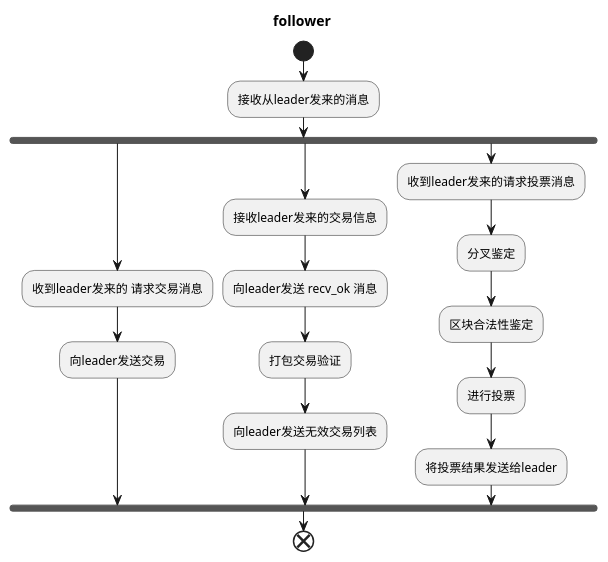
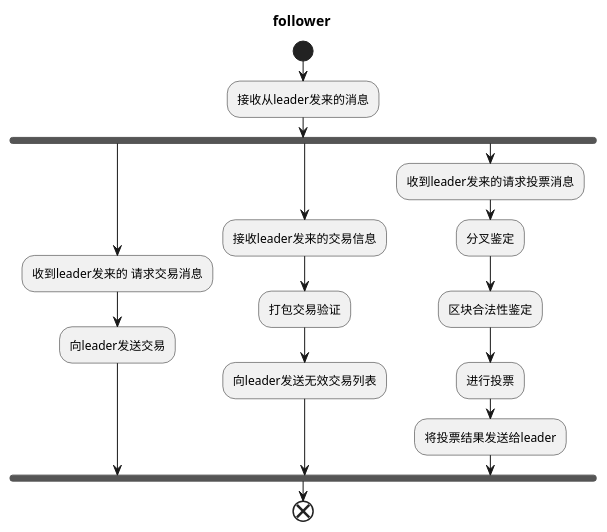
One commit to alvinleee/matrix-work changed the diagram in doc/followerState.wsd. Above: the diagram before and after it, drawn with PlantUML. The commit also changed 10 other files, not shown here.

```diff
--- a/doc/followerState.wsd
+++ b/doc/followerState.wsd
@@ -1,23 +1,22 @@
 @startuml
 title follower
 
 start
 :接收从leader发来的消息;
 fork
     :收到leader发来的 请求交易消息;
     :向leader发送交易;
 fork again
     :接收leader发来的交易信息;
-    :向leader发送 recv_ok 消息;
     :打包交易验证;
     :向leader发送无效交易列表;
 
 fork again
     :收到leader发来的请求投票消息;
     :分叉鉴定;
     :区块合法性鉴定;
     :进行投票;
     :将投票结果发送给leader;
 end fork
 end
 @enduml
```
